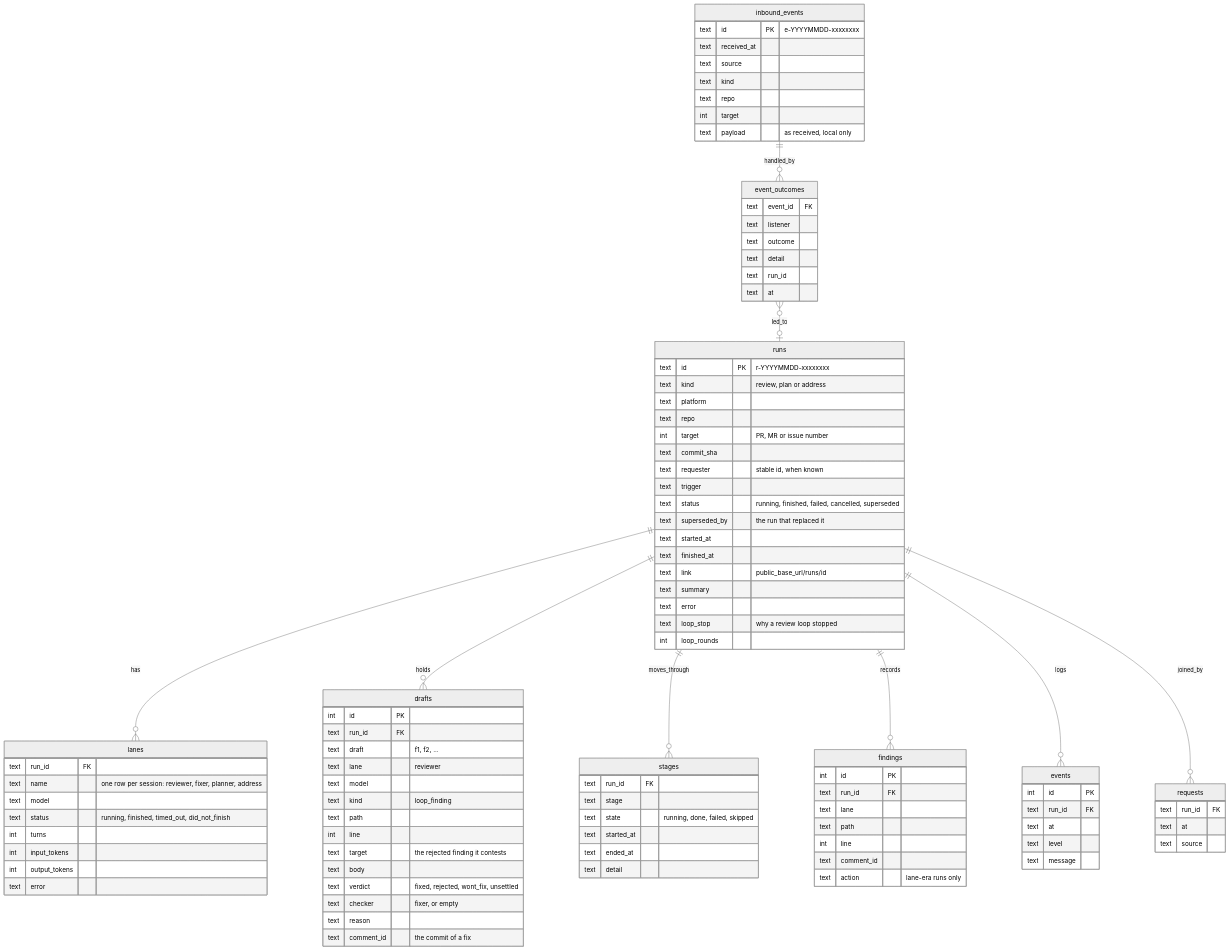
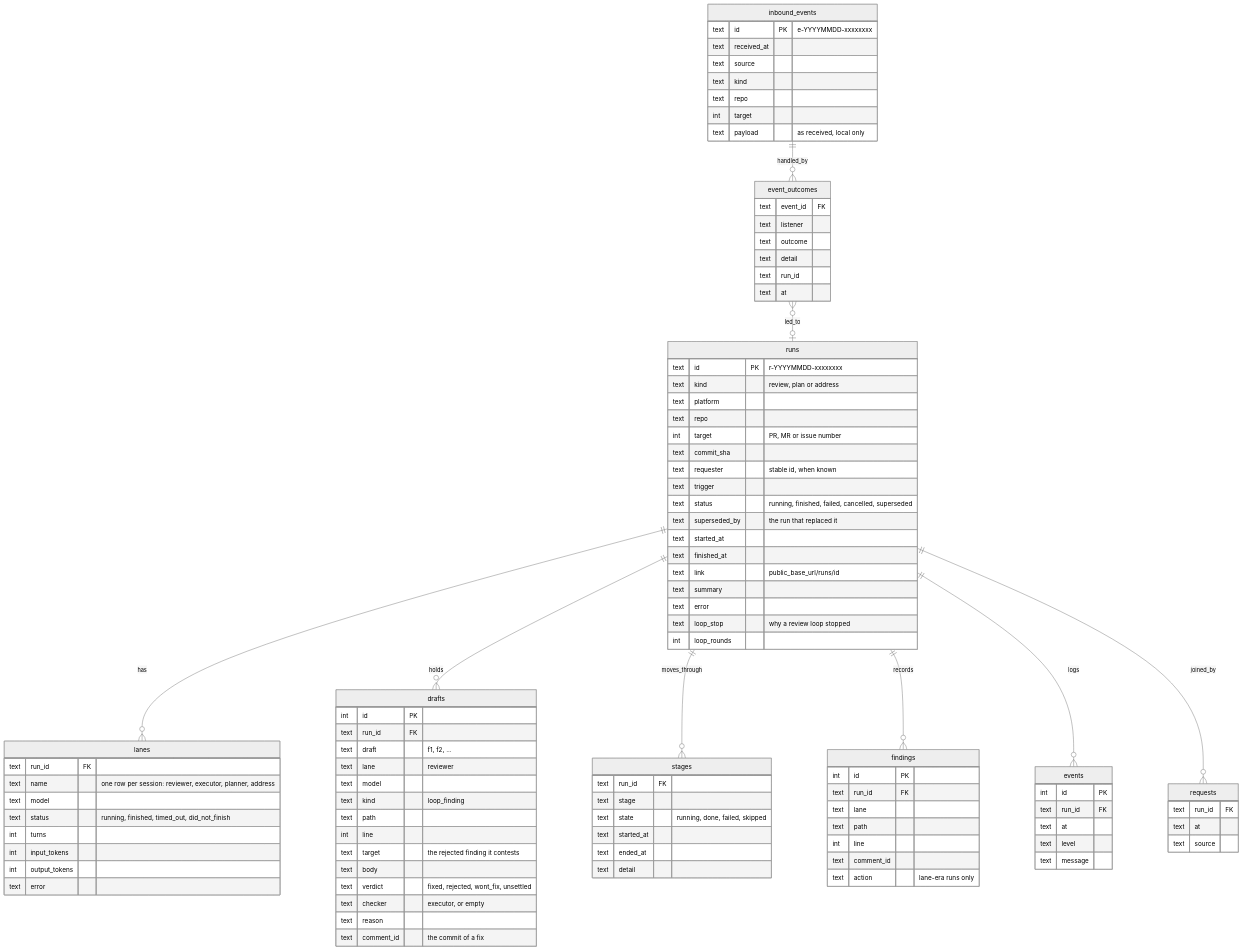
One commit to StephanMeijer/meneerhenk changed the ninth of 11 diagrams in ARCHITECTURE.md. Above: the diagram before and after it, drawn with Mermaid (neutral theme). The commit also changed other lines of this file and 28 other files, not shown here.

First line of the commit message:
refactor(review)!: the review loop's fixer is the executor

```diff
--- a/ARCHITECTURE.md
+++ b/ARCHITECTURE.md
@@ -609,7 +609,7 @@
     }
     lanes {
         text run_id FK
-        text name "one row per session: reviewer, fixer, planner, address"
+        text name "one row per session: reviewer, executor, planner, address"
         text model
         text status "running, finished, timed_out, did_not_finish"
         int turns
@@ -629,7 +629,7 @@
         text target "the rejected finding it contests"
         text body
         text verdict "fixed, rejected, wont_fix, unsettled"
-        text checker "fixer, or empty"
+        text checker "executor, or empty"
         text reason
         text comment_id "the commit of a fix"
     }
```
